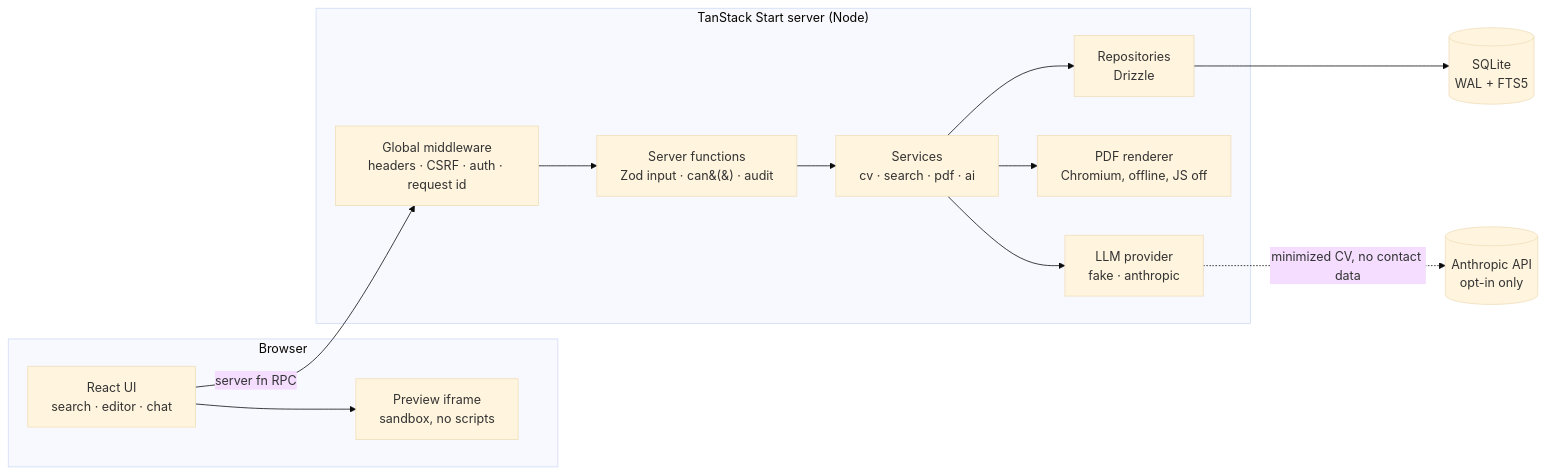
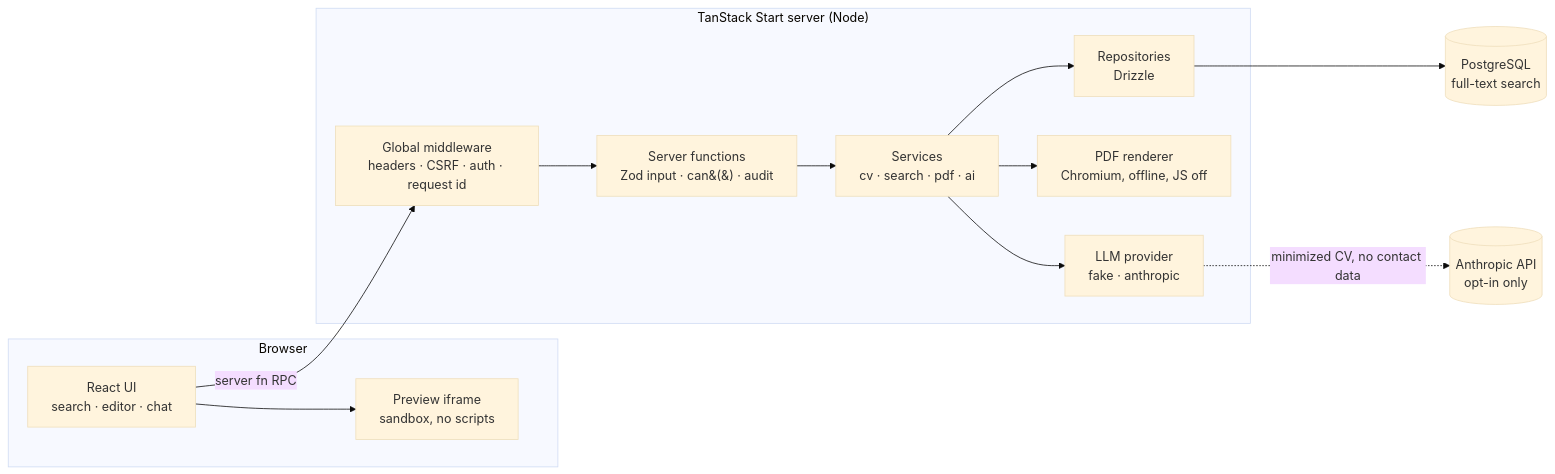
Before and after one commit to pymapa/tanstack_cv: the diagram in spec.md, drawn with Mermaid (base theme). The commit also changed other lines of this file and 6 other files, not shown here.

First line of the commit message:
docs: Switch the spec's database from SQLite to PostgreSQL

````diff
--- a/spec.md
+++ b/spec.md
@@ -133,21 +135,21 @@
 ```mermaid
 flowchart LR
   subgraph Browser
     UI[React UI<br/>search · editor · chat]
     PV[Preview iframe<br/>sandbox, no scripts]
   end
   subgraph Server["TanStack Start server (Node)"]
     MW[Global middleware<br/>headers · CSRF · auth · request id]
     SF[Server functions<br/>Zod input · can&#40;&#41; · audit]
     SVC[Services<br/>cv · search · pdf · ai]
     REPO[Repositories<br/>Drizzle]
     PDF[PDF renderer<br/>Chromium, offline, JS off]
     AI[LLM provider<br/>fake · anthropic]
   end
-  DB[(SQLite<br/>WAL + FTS5)]
+  DB[(PostgreSQL<br/>full-text search)]
   LLM[(Anthropic API<br/>opt-in only)]
   UI -->|server fn RPC| MW --> SF --> SVC --> REPO --> DB
   SVC --> PDF
   SVC --> AI -.->|minimized CV, no contact data| LLM
   UI --> PV
 ```
````
